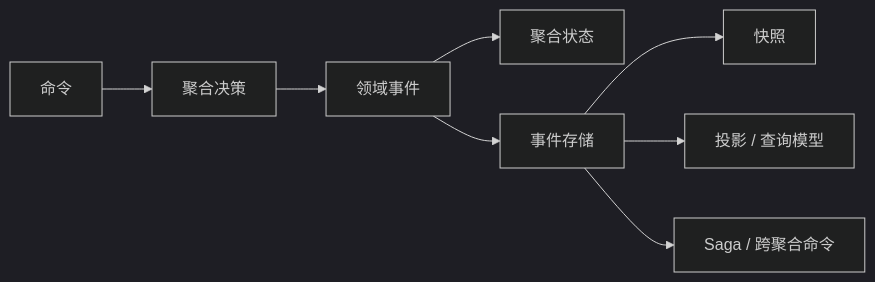
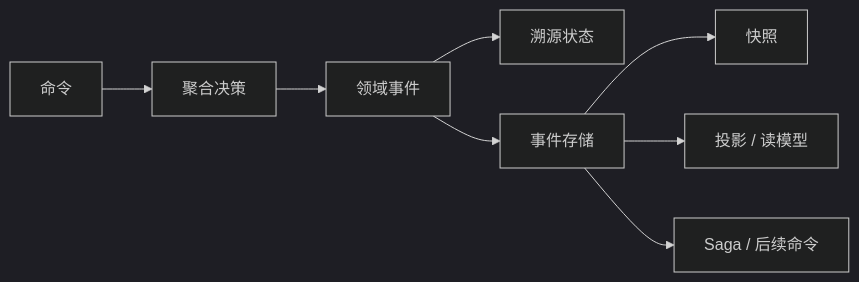
One commit to Ahoo-Wang/Wow changed the diagram in documentation/docs/zh/guide/introduction.md. Above: the diagram before and after it, drawn with Mermaid (dark theme). The commit also changed other lines of this file and 166 other files, not shown here.

````diff
--- a/documentation/docs/zh/guide/introduction.md
+++ b/documentation/docs/zh/guide/introduction.md
@@ -79,10 +61,10 @@
 ```mermaid
 flowchart LR
     Command[命令] --> Aggregate[聚合决策]
     Aggregate --> Event[领域事件]
-    Event --> State[聚合状态]
+    Event --> State[溯源状态]
     Event --> Store[事件存储]
     Store --> Snapshot[快照]
-    Store --> Projection[投影 / 查询模型]
-    Store --> Saga[Saga / 跨聚合命令]
+    Store --> Projection[投影 / 读模型]
+    Store --> Saga[Saga / 后续命令]
 ```
````
